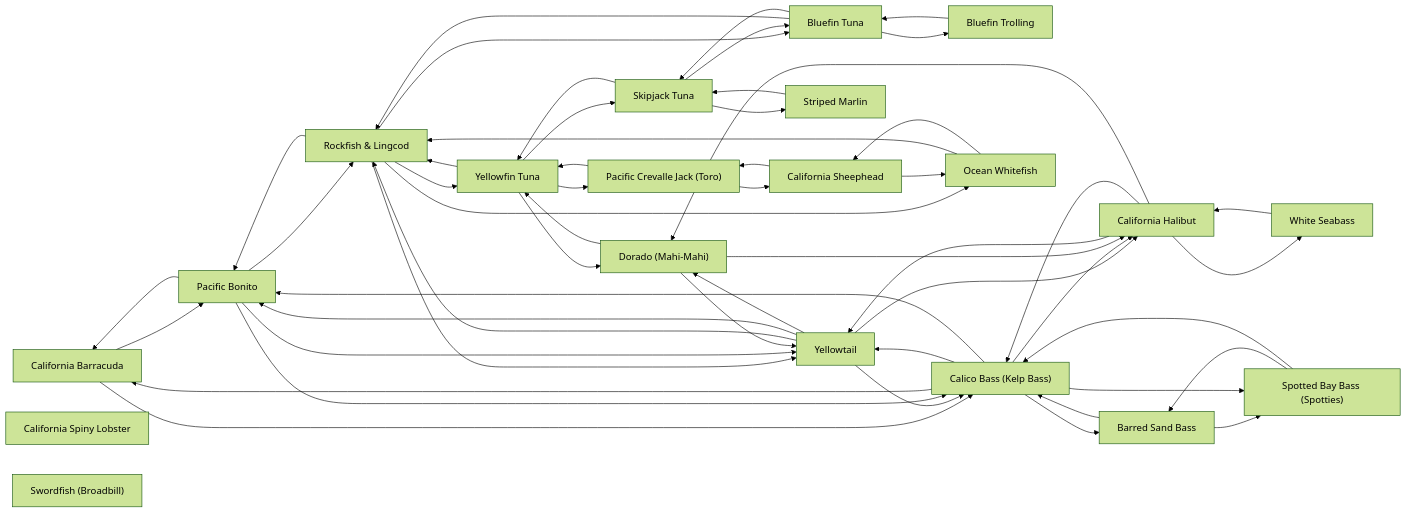
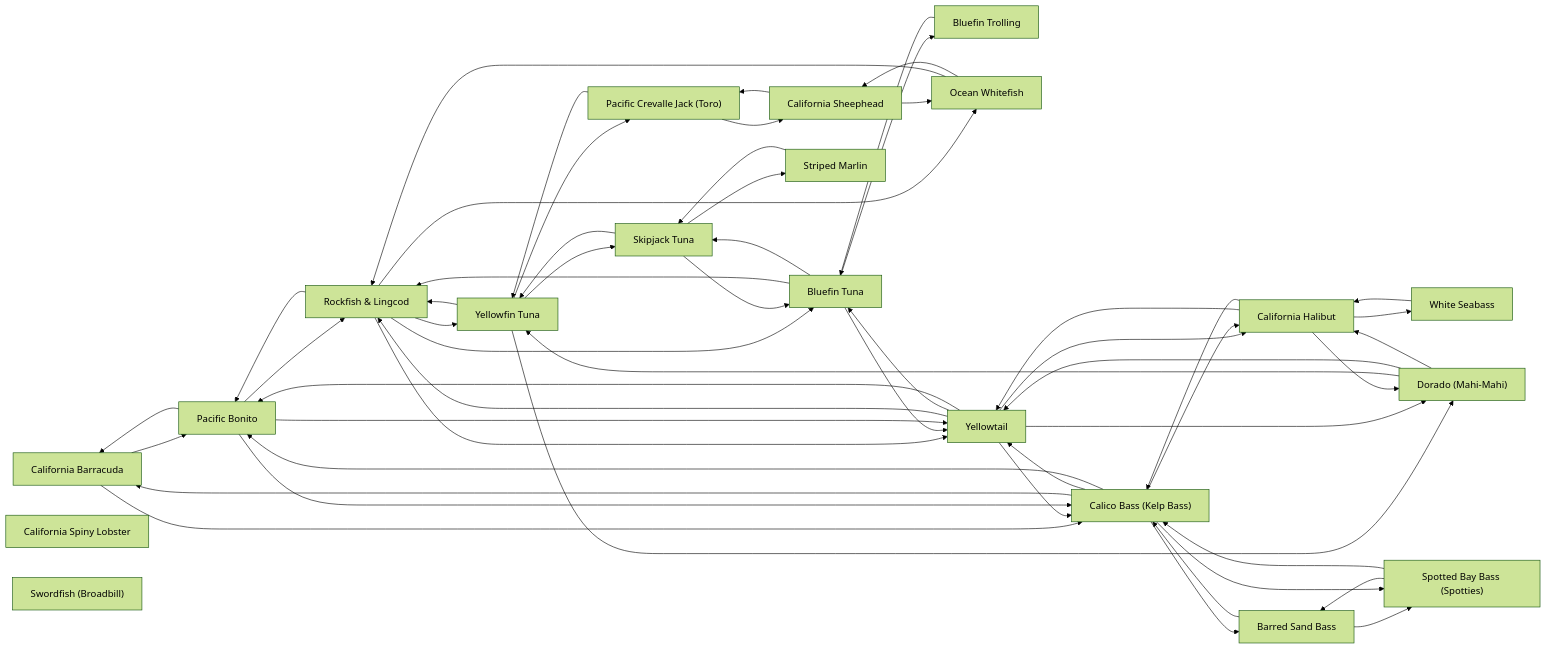
The diagram in species/README.md (camchuckpete-max/Socal-Fishing-Knowledge), drawn with Mermaid (forest theme) before and after one commit. The commit also changed 6 other files, not shown here.

````diff
--- a/species/README.md
+++ b/species/README.md
@@ -33,75 +33,77 @@
 ```mermaid
 graph LR
   n0["California Barracuda"]
   n1["Bluefin Trolling"]
   n2["Bluefin Tuna"]
   n3["Pacific Bonito"]
   n4["Calico Bass (Kelp Bass)"]
   n5["California Halibut"]
   n6["California Spiny Lobster"]
   n7["Dorado (Mahi-Mahi)"]
   n8["Ocean Whitefish"]
   n9["Pacific Crevalle Jack (Toro)"]
   n10["Rockfish & Lingcod"]
   n11["Barred Sand Bass"]
   n12["California Sheephead"]
   n13["Skipjack Tuna"]
   n14["Spotted Bay Bass (Spotties)"]
   n15["Striped Marlin"]
   n16["Swordfish (Broadbill)"]
   n17["White Seabass"]
   n18["Yellowfin Tuna"]
   n19["Yellowtail"]
   n0 --> n3
   n0 --> n4
   n1 --> n2
   n10 --> n18
   n10 --> n19
   n10 --> n2
   n10 --> n3
   n10 --> n8
   n11 --> n14
   n11 --> n4
   n12 --> n8
   n12 --> n9
   n13 --> n15
   n13 --> n18
   n13 --> n2
   n14 --> n11
   n14 --> n4
   n15 --> n13
   n17 --> n5
   n18 --> n10
   n18 --> n13
   n18 --> n7
   n18 --> n9
   n19 --> n10
+  n19 --> n2
   n19 --> n3
   n19 --> n4
   n19 --> n5
   n19 --> n7
   n2 --> n1
   n2 --> n10
   n2 --> n13
+  n2 --> n19
   n3 --> n0
   n3 --> n10
   n3 --> n19
   n3 --> n4
   n4 --> n0
   n4 --> n11
   n4 --> n14
   n4 --> n19
   n4 --> n3
   n4 --> n5
   n5 --> n17
   n5 --> n19
   n5 --> n4
   n5 --> n7
   n7 --> n18
   n7 --> n19
   n7 --> n5
   n8 --> n10
   n8 --> n12
   n9 --> n12
   n9 --> n18
 ```
````
